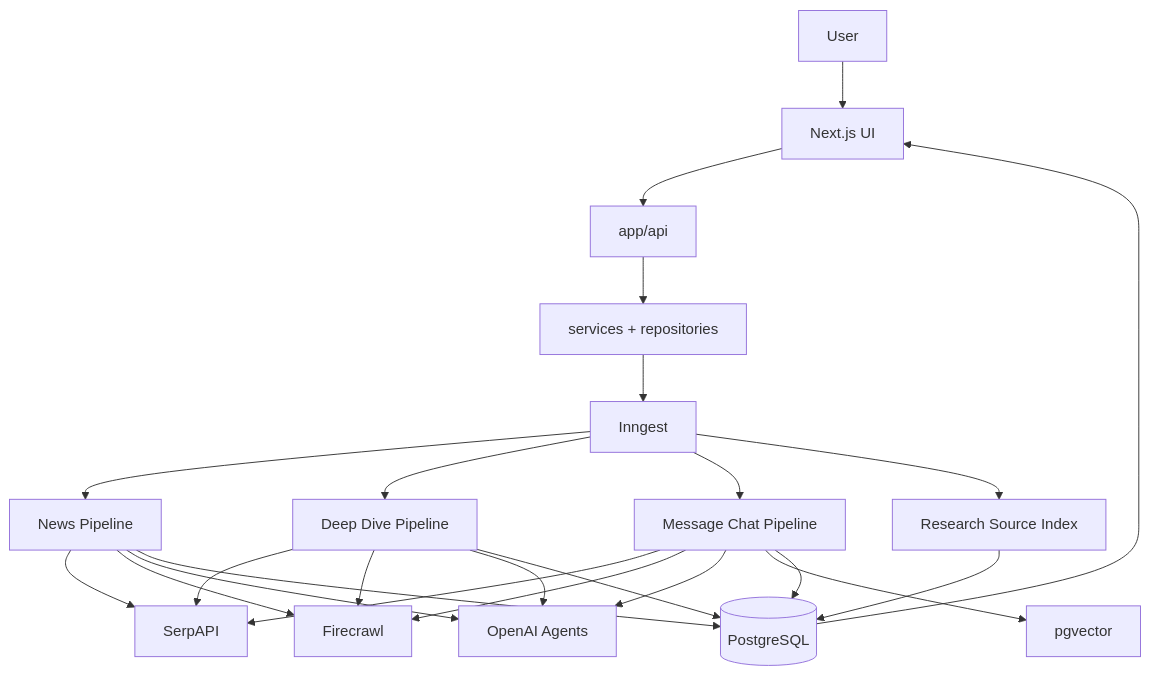
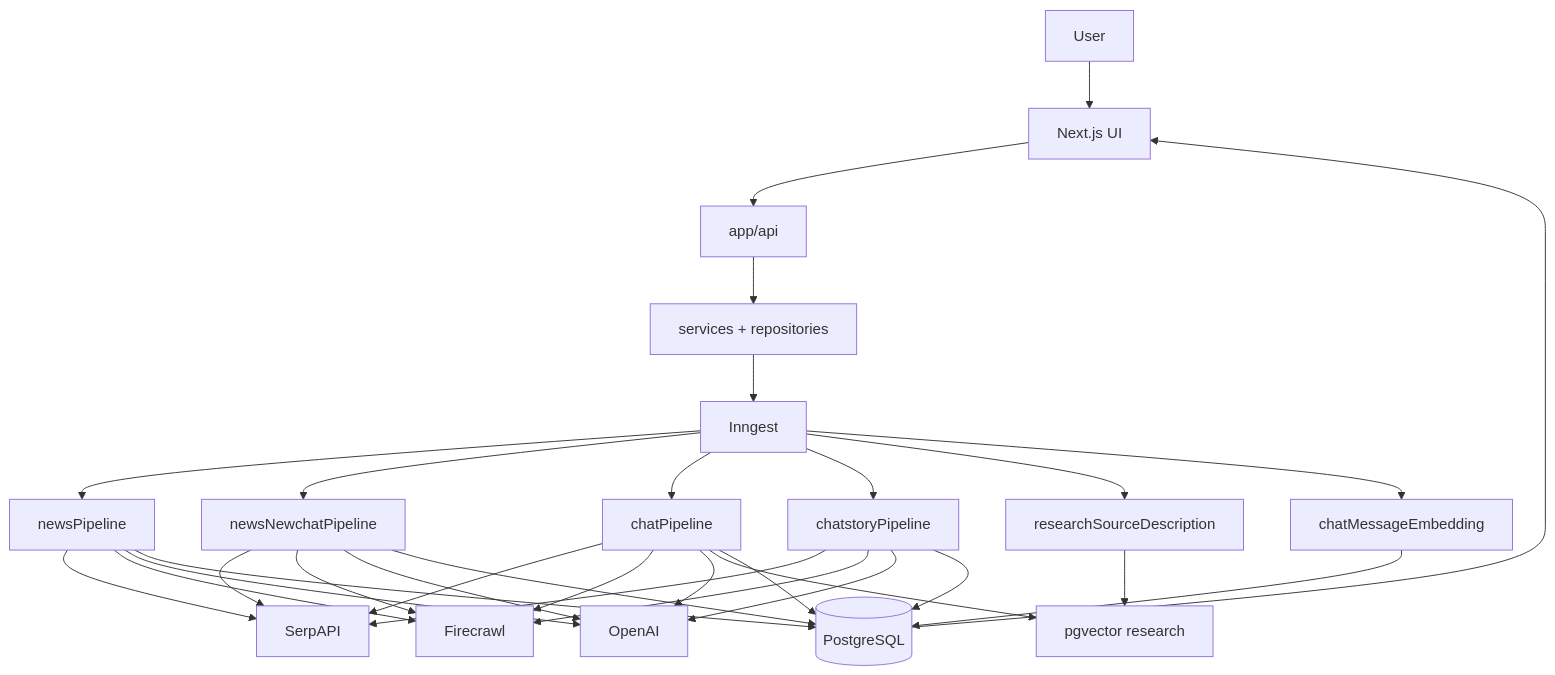
One commit to learner-enthusiast/Newsly changed the first of 2 diagrams in README.md. Above: the diagram before and after it, drawn with Mermaid. The commit also changed other lines of this file, not shown here.

````diff
--- a/README.md
+++ b/README.md
@@ -101,26 +200,33 @@
 ```mermaid
 flowchart TB
   U[User] --> FE[Next.js UI]
   FE --> API[app/api]
   API --> SVC[services + repositories]
   SVC --> ING[Inngest]
-  ING --> NP[News Pipeline]
-  ING --> DD[Deep Dive Pipeline]
-  ING --> MC[Message Chat Pipeline]
-  ING --> IDX[Research Source Index]
+  ING --> NP[newsPipeline]
+  ING --> DD[newsNewchatPipeline]
+  ING --> MC[chatPipeline]
+  ING --> CS[chatstoryPipeline]
+  ING --> RSI[researchSourceDescription]
+  ING --> CME[chatMessageEmbedding]
   NP --> SERP[SerpAPI]
   MC --> SERP
   DD --> SERP
+  CS --> SERP
   NP --> FC[Firecrawl]
   MC --> FC
   DD --> FC
-  NP --> OAI[OpenAI Agents]
+  CS --> FC
+  NP --> OAI[OpenAI]
   MC --> OAI
   DD --> OAI
-  MC --> VEC[pgvector]
-  NP --> PG[(PostgreSQL)]
+  CS --> OAI
+  MC --> VEC[pgvector research]
+  RSI --> VEC
+  CME --> PG[(PostgreSQL)]
+  NP --> PG
   MC --> PG
   DD --> PG
-  IDX --> PG
+  CS --> PG
   PG --> FE
 ```
````
